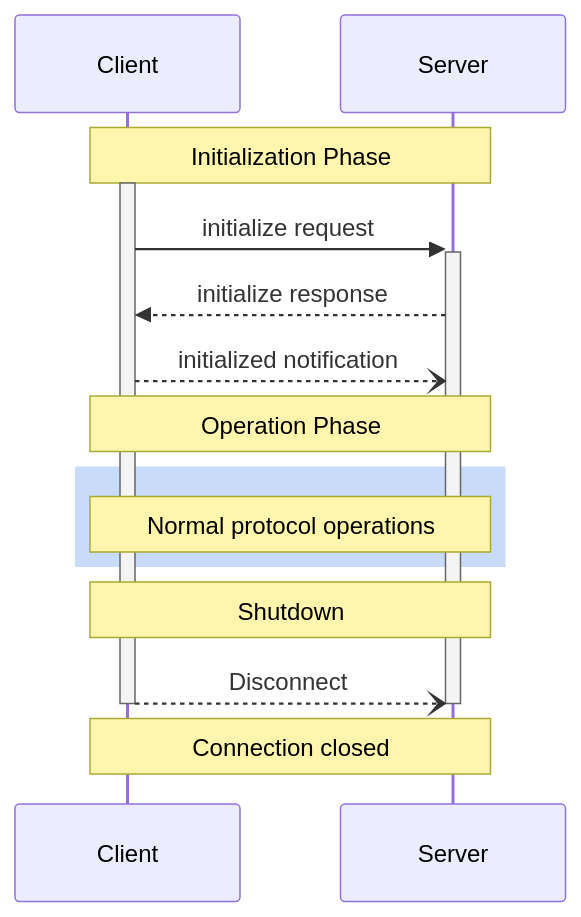
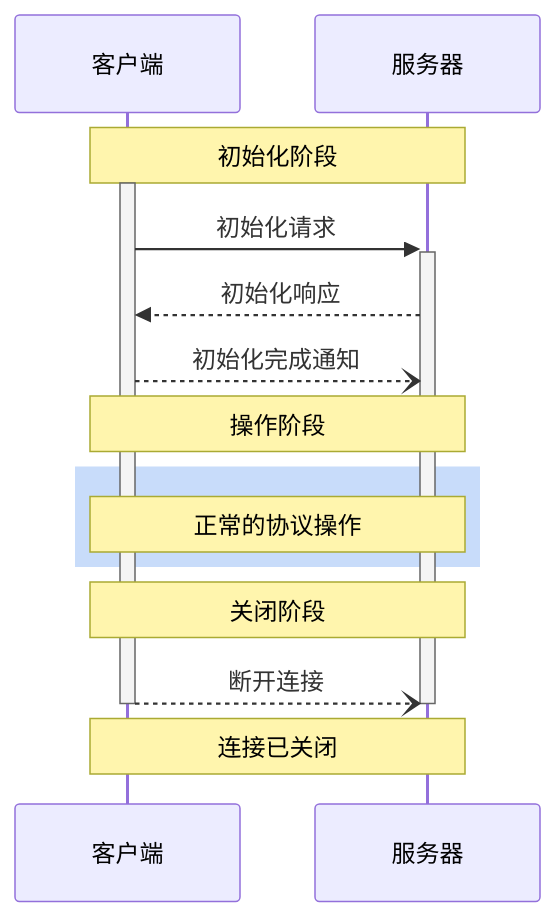
The diagram in docs/zh/specification/2025-03-26/basic/lifecycle.md (modelcontextprotocol/specification), drawn with Mermaid before and after one commit. The commit also changed other lines of this file and 1 other file, not shown here.

````diff
--- a/docs/zh/specification/2025-03-26/basic/lifecycle.md
+++ b/docs/zh/specification/2025-03-26/basic/lifecycle.md
@@ -16,21 +15,21 @@
 ```mermaid
 sequenceDiagram
-    participant Client
-    participant Server
+    participant 客户端
+    participant 服务器
 
-    Note over Client,Server: Initialization Phase
-    activate Client
-    Client->>+Server: initialize request
-    Server-->>Client: initialize response
-    Client--)Server: initialized notification
+    Note over 客户端,服务器: 初始化阶段
+    activate 客户端
+    客户端->>+服务器: 初始化请求
+    服务器-->>客户端: 初始化响应
+    客户端--)服务器: 初始化完成通知
 
-    Note over Client,Server: Operation Phase
+    Note over 客户端,服务器: 操作阶段
     rect rgb(200, 220, 250)
-        note over Client,Server: Normal protocol operations
+        note over 客户端,服务器: 正常的协议操作
     end
 
-    Note over Client,Server: Shutdown
-    Client--)-Server: Disconnect
-    deactivate Server
-    Note over Client,Server: Connection closed
+    Note over 客户端,服务器: 关闭阶段
+    客户端--)-服务器: 断开连接
+    deactivate 服务器
+    Note over 客户端,服务器: 连接已关闭
 ```
````
